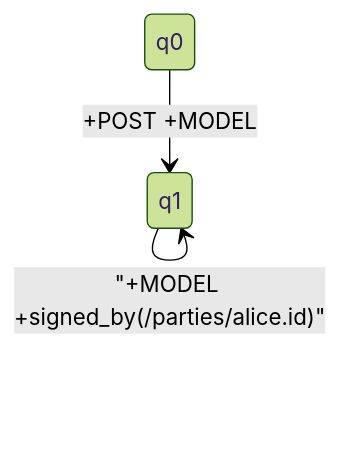
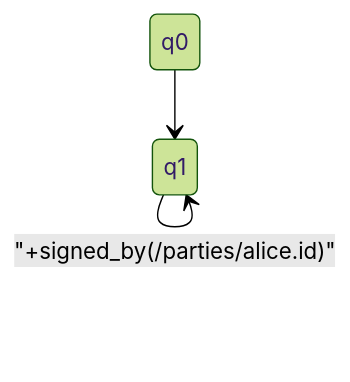
Before and after one commit to modality-org/modality: the first of 2 diagrams in sites/www.modality.org/docs/getting-started/first-contract.md, drawn with Mermaid (forest theme). The commit also changed other lines of this file and 8 other files, not shown here.

Commit message:
Refactor first contract model to remove POST transitions, allowing only signed transitions by Alice. Update documentation and tests to reflect changes in the contract model structure and ensure consistency across examples. Validate that synthesized models no longer include POST or references to Bob.

````diff
--- a/sites/www.modality.org/docs/getting-started/first-contract.md
+++ b/sites/www.modality.org/docs/getting-started/first-contract.md
@@ -263,7 +259,5 @@
 ```mermaid
 stateDiagram-v2
-    q0 --> q1 : +POST +MODEL
-    q1 --> q1 : "+POST +signed_by(/parties/alice.id)"
-    q1 --> q1 : "+POST +signed_by(/parties/bob.id)"
-    q1 --> q1 : "+MODEL +signed_by(/parties/alice.id)"
+    q0 --> q1
+    q1 --> q1 : "+signed_by(/parties/alice.id)"
 ```
````
